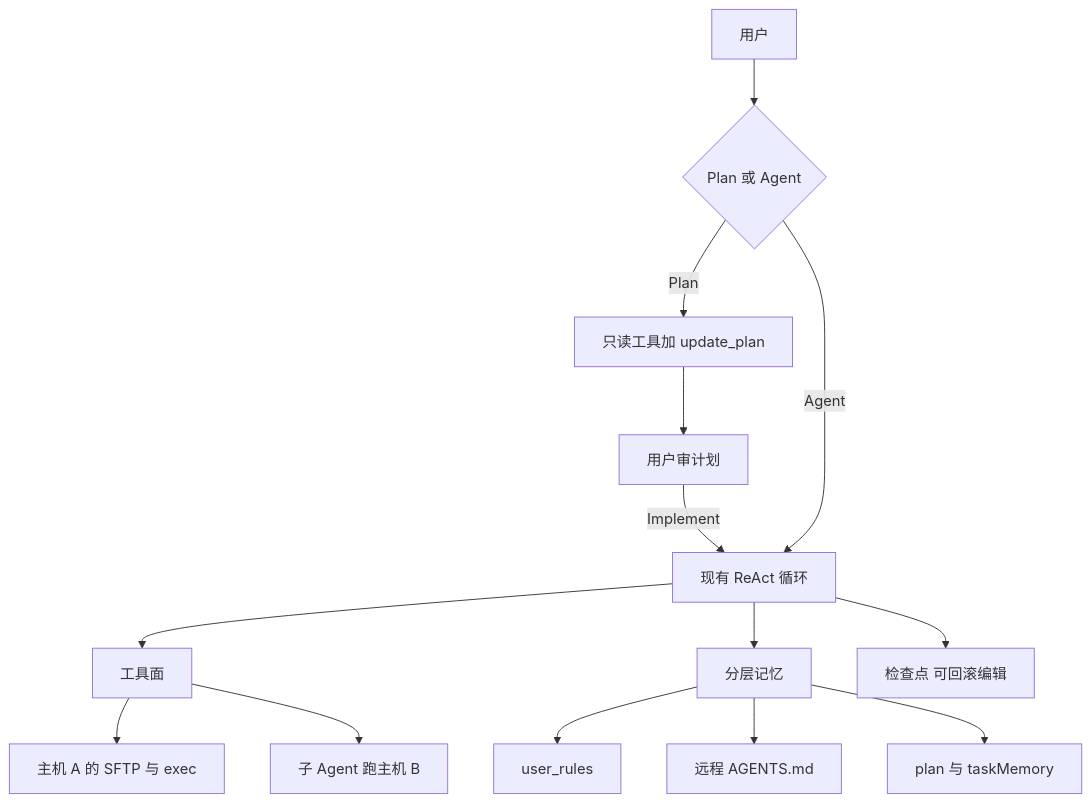
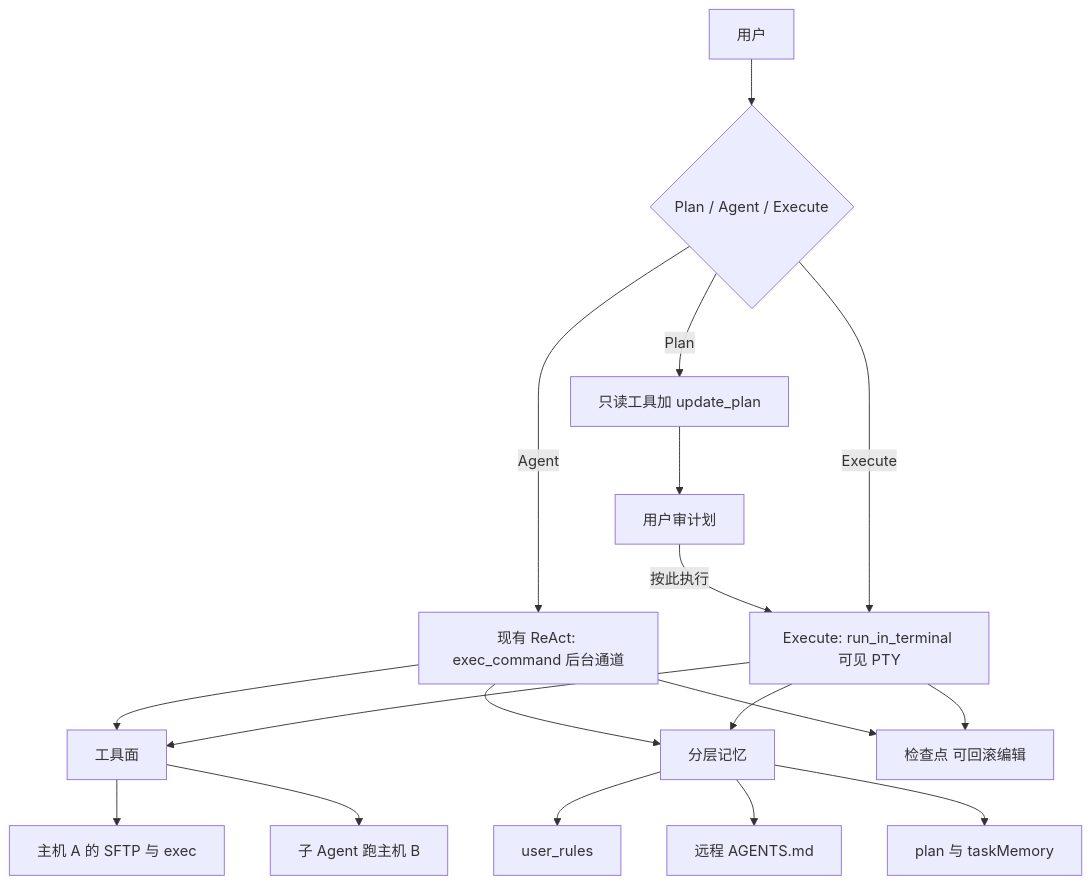
Before and after one commit to zackdlut/ai_ssh: the third of 3 diagrams in docs/copilot-prompt-and-agent-loop.md, drawn with Mermaid. The commit also changed other lines of this file and 1 other file, not shown here.

````diff
--- a/docs/copilot-prompt-and-agent-loop.md
+++ b/docs/copilot-prompt-and-agent-loop.md
@@ -1057,16 +1083,20 @@
 ```mermaid
 flowchart TD
-  User["用户"] --> Mode{"Plan 或 Agent"}
+  User["用户"] --> Mode{"Plan / Agent / Execute"}
   Mode -->|"Plan"| PlanLoop["只读工具加 update_plan"]
   PlanLoop --> Review["用户审计划"]
-  Review -->|"Implement"| AgentLoop["现有 ReAct 循环"]
-  Mode -->|"Agent"| AgentLoop
+  Review -->|"按此执行"| ExecLoop["Execute: run_in_terminal 可见 PTY"]
+  Mode -->|"Agent"| AgentLoop["现有 ReAct: exec_command 后台通道"]
+  Mode -->|"Execute"| ExecLoop
   AgentLoop --> Tools["工具面"]
+  ExecLoop --> Tools
   Tools --> HostA["主机 A 的 SFTP 与 exec"]
   Tools --> HostB["子 Agent 跑主机 B"]
   AgentLoop --> Mem["分层记忆"]
+  ExecLoop --> Mem
   Mem --> Global["user_rules"]
   Mem --> HostMd["远程 AGENTS.md"]
   Mem --> Task["plan 与 taskMemory"]
   AgentLoop --> Ckpt["检查点 可回滚编辑"]
+  ExecLoop --> Ckpt
 ```
````
